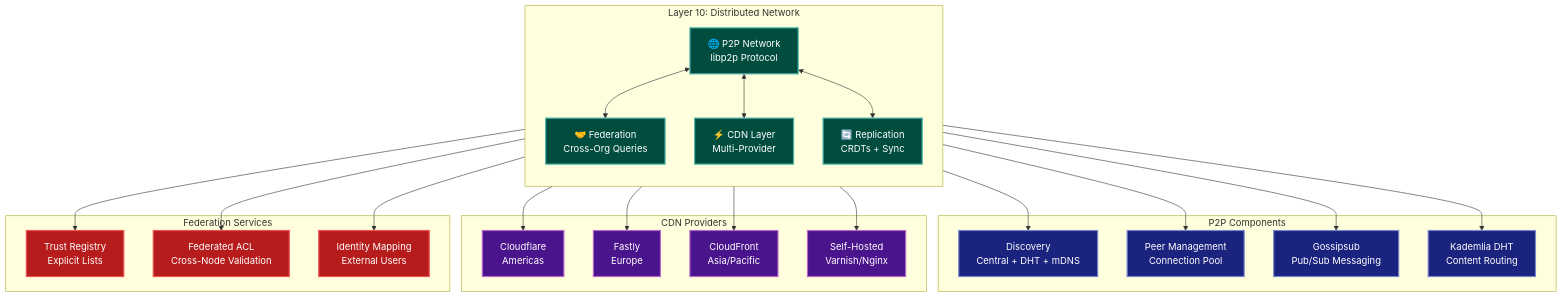
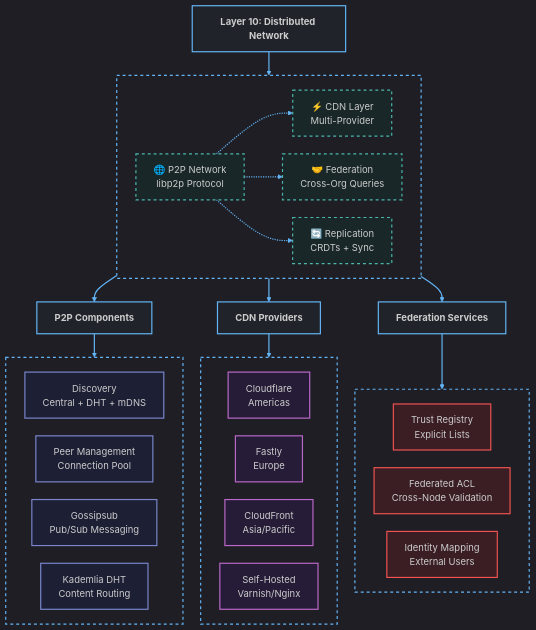
The third of 24 diagrams in docs/ARCHITECTURE.md (veics/rage_pitch), drawn with Mermaid before and after one commit. The commit also changed other lines of this file and 8 other files, not shown here.

````diff
--- a/docs/ARCHITECTURE.md
+++ b/docs/ARCHITECTURE.md
@@ -209,58 +209,78 @@
 ```mermaid
-graph TB
-    subgraph "Layer 10: Distributed Network"
-        direction TB
-        P2P[🌐 P2P Network<br/>libp2p Protocol]
-        CDN[⚡ CDN Layer<br/>Multi-Provider]
-        FED[🤝 Federation<br/>Cross-Org Queries]
-        SYNC[🔄 Replication<br/>CRDTs + Sync]
+%%{init: {'theme':'dark', 'flowchart': {'nodeSpacing': 30, 'rankSpacing': 40, 'curve': 'basis'}, 'themeVariables': {'labelBackground':'rgba(38, 50, 56, 0.1)'}}}%%
+flowchart TD
+    %% Main Layer 10 header
+    L10["<b>Layer 10: Distributed Network</b>"]
+    
+    %% Core network components
+    subgraph CoreNetwork[" "]
+        direction LR
+        P2P["🌐 P2P Network<br/>libp2p Protocol"]
+        CDN["⚡ CDN Layer<br/>Multi-Provider"]
+        FED["🤝 Federation<br/>Cross-Org Queries"]
+        SYNC["🔄 Replication<br/>CRDTs + Sync"]
     end
     
-    subgraph "P2P Components"
-        DISC[Discovery<br/>Central + DHT + mDNS]
-        PEERS[Peer Management<br/>Connection Pool]
-        GOSSIP[Gossipsub<br/>Pub/Sub Messaging]
-        DHT[Kademlia DHT<br/>Content Routing]
+    %% P2P Components group
+    P2P_Title["<b>P2P Components</b>"]
+    subgraph P2PBox[" "]
+        direction LR
+        DISC["Discovery<br/>Central + DHT + mDNS"]
+        PEERS["Peer Management<br/>Connection Pool"]
+        GOSSIP["Gossipsub<br/>Pub/Sub Messaging"]
+        DHT["Kademlia DHT<br/>Content Routing"]
     end
     
-    subgraph "CDN Providers"
-        CF[Cloudflare<br/>Americas]
-        FASTLY[Fastly<br/>Europe]
-        AWS_CF[CloudFront<br/>Asia/Pacific]
-        SELF[Self-Hosted<br/>Varnish/Nginx]
+    %% CDN Providers group
+    CDN_Title["<b>CDN Providers</b>"]
+    subgraph CDNBox[" "]
+        direction LR
+        CF["Cloudflare<br/>Americas"]
+        FASTLY["Fastly<br/>Europe"]
+        AWS_CF["CloudFront<br/>Asia/Pacific"]
+        SELF["Self-Hosted<br/>Varnish/Nginx"]
     end
     
-    subgraph "Federation Services"
-        TRUST[Trust Registry<br/>Explicit Lists]
-        ACL_FED[Federated ACL<br/>Cross-Node Validation]
-        ID_MAP[Identity Mapping<br/>External Users]
+    %% Federation Services group
+    FED_Title["<b>Federation Services</b>"]
+    subgraph FEDBox[" "]
+        direction LR
+        TRUST["Trust Registry<br/>Explicit Lists"]
+        ACL_FED["Federated ACL<br/>Cross-Node Validation"]
+        ID_MAP["Identity Mapping<br/>External Users"]
     end
     
-    P2P --> DISC
-    P2P --> PEERS
-    P2P --> GOSSIP
-    P2P --> DHT
+    %% Vertical flow
+    L10 --> CoreNetwork
     
-    CDN --> CF
-    CDN --> FASTLY
-    CDN --> AWS_CF
-    CDN --> SELF
+    CoreNetwork --> P2P_Title
+    P2P_Title --> P2PBox
     
-    FED --> TRUST
-    FED --> ACL_FED
-    FED --> ID_MAP
+    CoreNetwork --> CDN_Title
+    CDN_Title --> CDNBox
     
-    P2P <--> FED
-    P2P <--> CDN
-    P2P <--> SYNC
+    CoreNetwork --> FED_Title
+    FED_Title --> FEDBox
     
-    classDef networkStyle fill:#004d40,stroke:#4db6ac,stroke-width:2px,color:#fff;
-    classDef p2pStyle fill:#1a237e,stroke:#7986cb,stroke-width:2px,color:#fff;
-    classDef cdnStyle fill:#4a148c,stroke:#ba68c8,stroke-width:2px,color:#fff;
-    classDef fedStyle fill:#b71c1c,stroke:#ef5350,stroke-width:2px,color:#fff;
+    %% Cross-connections between core components
+    P2P -.-> CDN
+    P2P -.-> FED
+    P2P -.-> SYNC
     
+    %% Styling
+    classDef titleStyle fill:#263238,fill-opacity:0.3,stroke:#64b5f6,stroke-width:2px,font-weight:bold,font-size:16px;
+    classDef networkStyle fill:#004d40,fill-opacity:0.18,stroke:#4db6ac,stroke-width:2px,stroke-dasharray:5 5;
+    classDef p2pStyle fill:#1a237e,fill-opacity:0.18,stroke:#7986cb,stroke-width:2px;
+    classDef cdnStyle fill:#4a148c,fill-opacity:0.18,stroke:#ba68c8,stroke-width:2px;
+    classDef fedStyle fill:#b71c1c,fill-opacity:0.18,stroke:#ef5350,stroke-width:2px;
+    classDef boxStyle fill:none,stroke:#64b5f6,stroke-width:2px,stroke-dasharray:5 5;
+    
+    class L10,P2P_Title,CDN_Title,FED_Title titleStyle;
     class P2P,CDN,FED,SYNC networkStyle;
     class DISC,PEERS,GOSSIP,DHT p2pStyle;
     class CF,FASTLY,AWS_CF,SELF cdnStyle;
     class TRUST,ACL_FED,ID_MAP fedStyle;
+    class CoreNetwork,P2PBox,CDNBox,FEDBox boxStyle;
+    
+    linkStyle default stroke:#64b5f6,stroke-width:2px,curve:basis;
 ```
````
